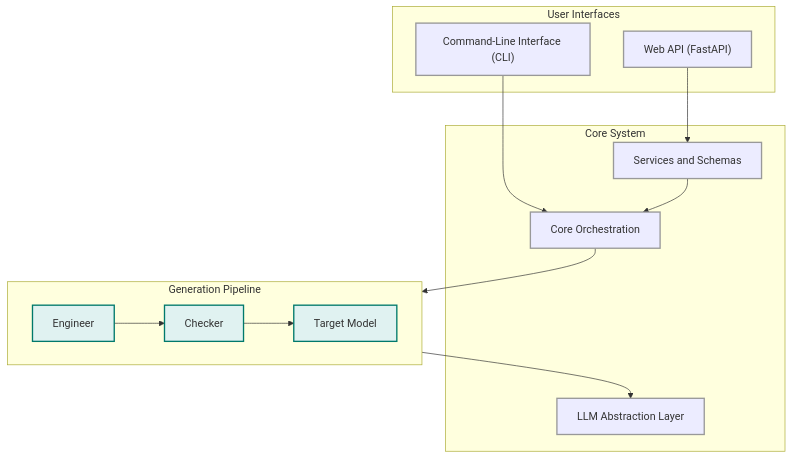
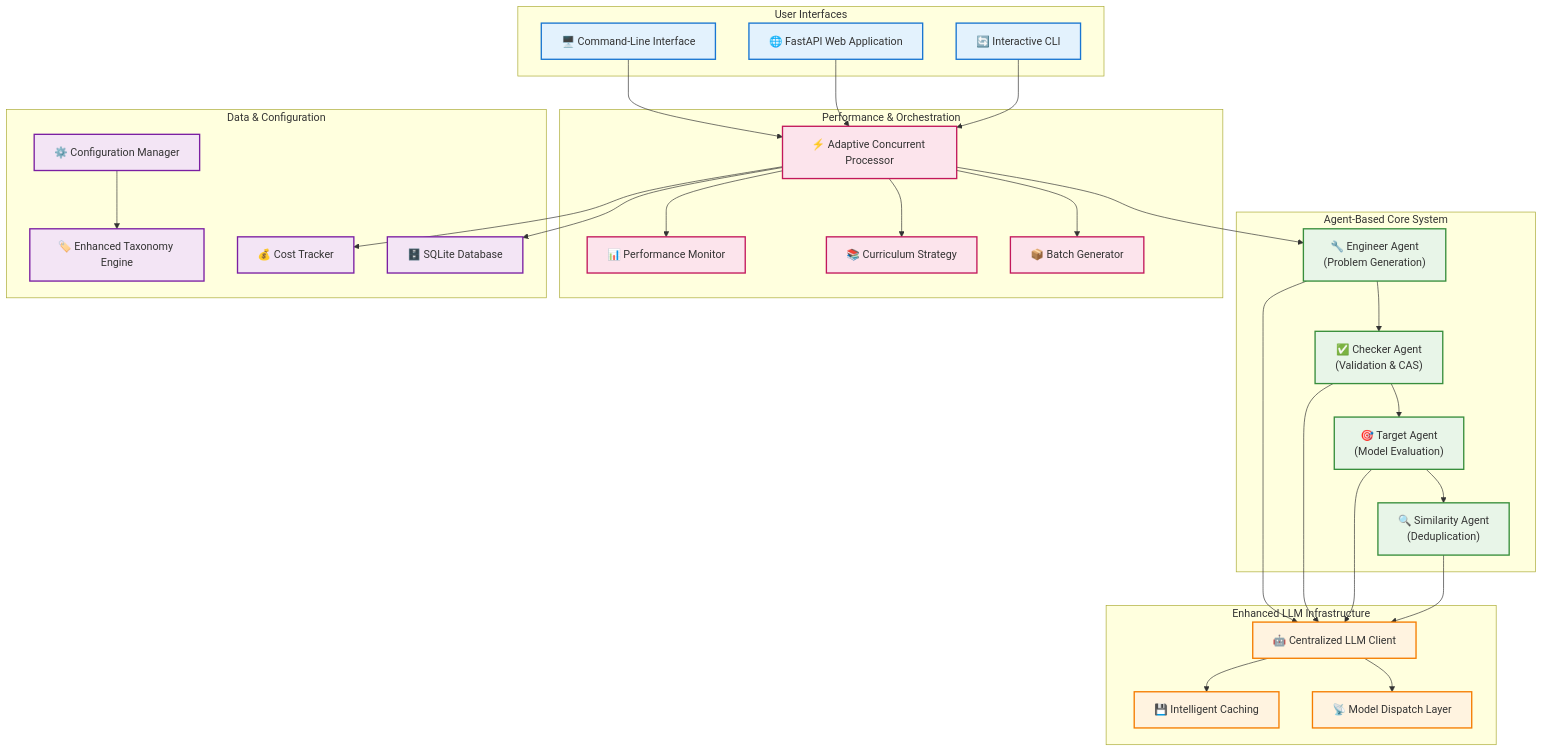
The first of 4 diagrams in docs/overview.md (kamaal505/synthetic_math_prompts_agent), drawn with Mermaid before and after one commit. The commit also changed other lines of this file and 2 other files, not shown here.

````diff
--- a/docs/overview.md
+++ b/docs/overview.md
@@ -135,34 +9,77 @@
 ```mermaid
-graph TD
-    subgraph User Interfaces
-        CLI["Command-Line Interface (CLI)"]
-        WebAPI["Web API (FastAPI)"]
+graph TB
+    subgraph "User Interfaces"
+        CLI["🖥️ Command-Line Interface"]
+        WebAPI["🌐 FastAPI Web Application"]
+        Interactive["🔄 Interactive CLI"]
     end
 
-    subgraph Core System
-        CoreOrchestration["Core Orchestration"]
-        LLM_Abstraction["LLM Abstraction Layer"]
-        ServicesSchemas["Services and Schemas"]
+    subgraph "Agent-Based Core System"
+        EngineerAgent["🔧 Engineer Agent<br/>(Problem Generation)"]
+        CheckerAgent["✅ Checker Agent<br/>(Validation & CAS)"]
+        TargetAgent["🎯 Target Agent<br/>(Model Evaluation)"]
+        SimilarityAgent["🔍 Similarity Agent<br/>(Deduplication)"]
     end
 
-    subgraph GenerationPipeline ["Generation Pipeline"]
-        direction LR
-        Engineer["Engineer"] --> Checker["Checker"];
-        Checker --> TargetModel["Target Model"];
+    subgraph "Enhanced LLM Infrastructure"
+        LLMClient["🤖 Centralized LLM Client"]
+        LLMCache["💾 Intelligent Caching"]
+        LLMDispatch["📡 Model Dispatch Layer"]
     end
 
-    %% Interactions
-    CLI --> CoreOrchestration;
-    WebAPI --> ServicesSchemas;
-    ServicesSchemas --> CoreOrchestration;
-    CoreOrchestration --> GenerationPipeline;
-    GenerationPipeline --> LLM_Abstraction;
+    subgraph "Performance & Orchestration"
+        ConcurrentProcessor["⚡ Adaptive Concurrent Processor"]
+        PerformanceMonitor["📊 Performance Monitor"]
+        CurriculumStrategy["📚 Curriculum Strategy"]
+        BatchGenerator["📦 Batch Generator"]
+    end
 
-    %% Style Definitions
-    classDef default fill:#f9f9f9,stroke:#333,stroke-width:2px;
-    classDef subgraphStyle fill:#ececff,stroke:#999,stroke-width:2px,color:#333;
-    classDef pipeline fill:#e0f2f1,stroke:#00796b,stroke-width:2px;
+    subgraph "Data & Configuration"
+        ConfigManager["⚙️ Configuration Manager"]
+        TaxonomyEngine["🏷️ Enhanced Taxonomy Engine"]
+        CostTracker["💰 Cost Tracker"]
+        Database["🗄️ SQLite Database"]
+    end
 
-    class CLI,WebAPI,CoreOrchestration,LLM_Abstraction,ServicesSchemas subgraphStyle;
-    class Engineer,Checker,TargetModel pipeline;
+    %% User Interface Connections
+    CLI --> ConcurrentProcessor
+    WebAPI --> ConcurrentProcessor
+    Interactive --> ConcurrentProcessor
+
+    %% Agent Workflow
+    ConcurrentProcessor --> EngineerAgent
+    EngineerAgent --> CheckerAgent
+    CheckerAgent --> TargetAgent
+    TargetAgent --> SimilarityAgent
+
+    %% LLM Infrastructure
+    EngineerAgent --> LLMClient
+    CheckerAgent --> LLMClient
+    TargetAgent --> LLMClient
+    SimilarityAgent --> LLMClient
+    LLMClient --> LLMCache
+    LLMClient --> LLMDispatch
+
+    %% Performance Systems
+    ConcurrentProcessor --> PerformanceMonitor
+    ConcurrentProcessor --> CurriculumStrategy
+    ConcurrentProcessor --> BatchGenerator
+
+    %% Data Systems
+    ConfigManager --> TaxonomyEngine
+    ConcurrentProcessor --> CostTracker
+    ConcurrentProcessor --> Database
+
+    %% Styling
+    classDef userInterface fill:#e3f2fd,stroke:#1976d2,stroke-width:2px
+    classDef agent fill:#e8f5e8,stroke:#388e3c,stroke-width:2px
+    classDef llm fill:#fff3e0,stroke:#f57c00,stroke-width:2px
+    classDef performance fill:#fce4ec,stroke:#c2185b,stroke-width:2px
+    classDef data fill:#f3e5f5,stroke:#7b1fa2,stroke-width:2px
+
+    class CLI,WebAPI,Interactive userInterface
+    class EngineerAgent,CheckerAgent,TargetAgent,SimilarityAgent agent
+    class LLMClient,LLMCache,LLMDispatch llm
+    class ConcurrentProcessor,PerformanceMonitor,CurriculumStrategy,BatchGenerator performance
+    class ConfigManager,TaxonomyEngine,CostTracker,Database data
 ```
````
